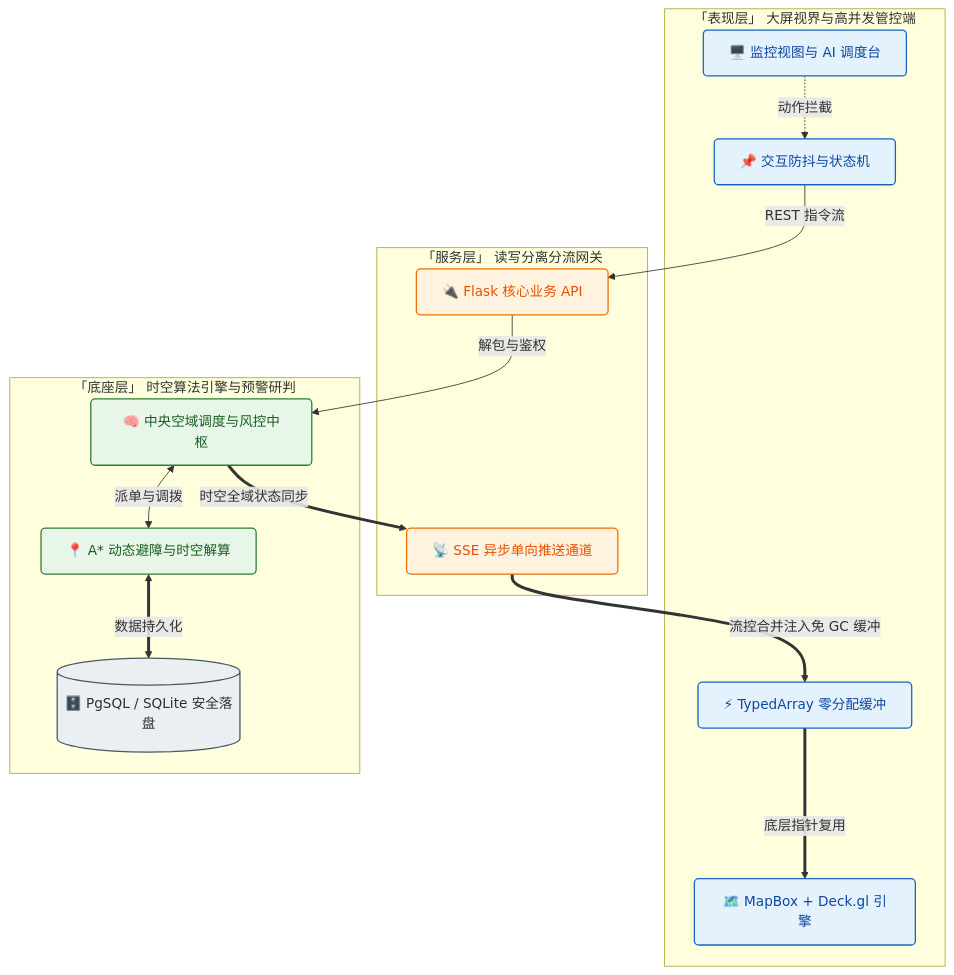
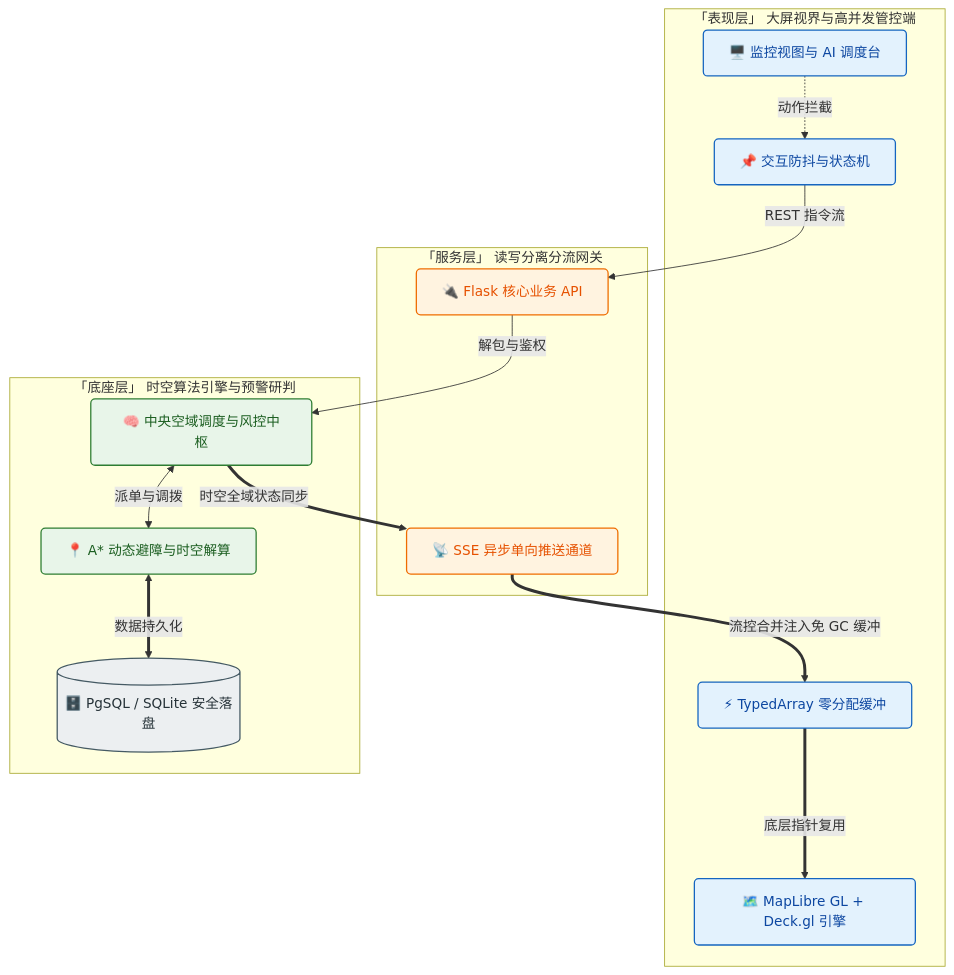
Before and after one commit to because666/clone: the diagram in README.md, drawn with Mermaid. The commit also changed other lines of this file and 25 other files, not shown here.

````diff
--- a/README.md
+++ b/README.md
@@ -84,49 +76,49 @@
 ```mermaid
 flowchart TD
     %% 样式表 (轻量工业风与柔和对比)
     classDef frontend fill:#E3F2FD,stroke:#1565C0,stroke-width:1.5px,rx:5px,color:#0D47A1
     classDef middleware fill:#FFF3E0,stroke:#EF6C00,stroke-width:1.5px,rx:5px,color:#E65100
     classDef backend fill:#E8F5E9,stroke:#2E7D32,stroke-width:1.5px,rx:5px,color:#1B5E20
     classDef database fill:#ECEFF1,stroke:#455A64,stroke-width:1.5px,color:#263238
 
     %% ============ 节点实体 ============
     %% 前端层
     UI[🖥️ 监控视图与 AI 调度台]:::frontend
     Hook[📌 交互防抖与状态机]:::frontend
     Pool[⚡ TypedArray 零分配缓冲]:::frontend
-    Render[🗺️ MapBox + Deck.gl 引擎]:::frontend
+    Render[🗺️ MapLibre GL + Deck.gl 引擎]:::frontend
 
     %% 服务网关层
     API[🔌 Flask 核心业务 API]:::middleware
     Push[📡 SSE 异步单向推送通道]:::middleware
 
     %% 后端算法底座
     Engine[🧠 中央空域调度与风控中枢]:::backend
     Planner[📍 A* 动态避障与时空解算]:::backend
     DB[(🗄️ PgSQL / SQLite 安全落盘)]:::database
 
     %% ============ 系统分层图块 ============
     subgraph Client ["「表现层」 大屏视界与高并发管控端"]
         UI -.->|"动作拦截"| Hook
         Pool ===>|"底层指针复用"| Render
     end
 
     subgraph Gateway ["「服务层」 读写分离分流网关"]
         API
         Push
     end
 
     subgraph Server ["「底座层」 时空算法引擎与预警研判"]
         Engine <-->|"派单与调拨"| Planner
         Planner <==>|"数据持久化"| DB
     end
 
     %% ============ 核心数据流转 ============
     %% 1. 上行业务链路 (Action Flow)
     Hook -- "REST 指令流" --> API
     API -- "解包与鉴权" --> Engine
 
     %% 2. 下行渲染心跳流 (Render Flow)
     Engine =="时空全域状态同步"==> Push
     Push =="流控合并注入免 GC 缓冲"==> Pool
 ```
````
